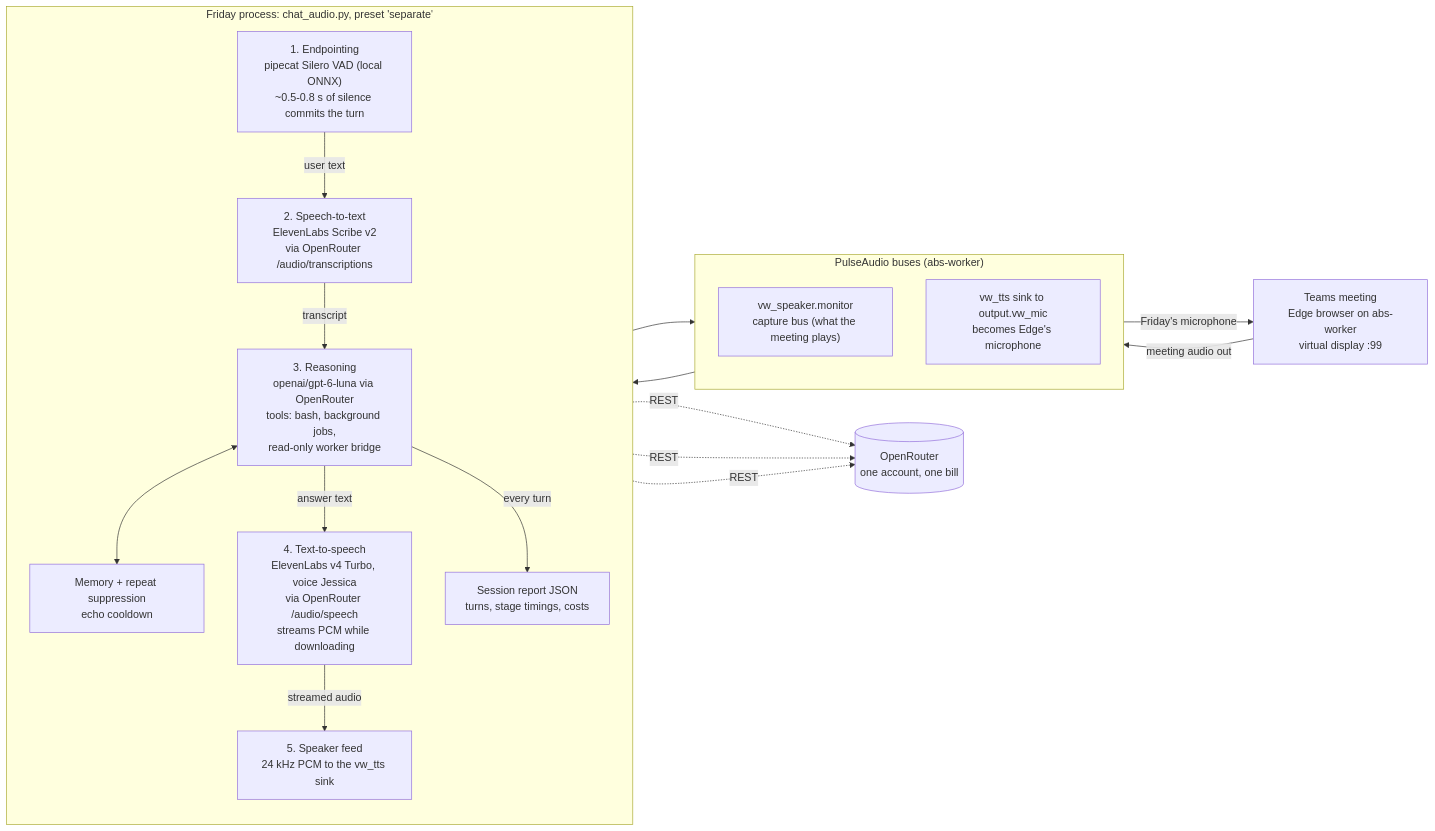
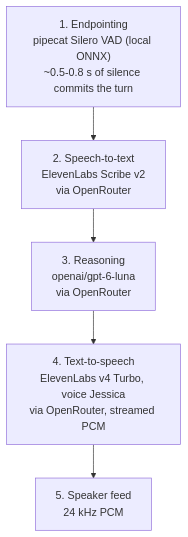
Before and after one commit to abstract-business-systems/virtual-worker: the second of 5 diagrams in docs/friday-architecture.md, drawn with Mermaid. The commit also changed other lines of this file, not shown here.

Commit message:
Split Friday architecture document into vertical diagrams

````diff
--- a/docs/friday-architecture.md
+++ b/docs/friday-architecture.md
@@ -11,37 +28,9 @@
 ```mermaid
-flowchart LR
-    MEETING["Teams meeting<br/>Edge browser on abs-worker<br/>virtual display :99"]
-
-    subgraph AUDIO["PulseAudio buses (abs-worker)"]
-        direction TB
-        CAP["vw_speaker.monitor<br/>capture bus (what the meeting plays)"]
-        PLAY["vw_tts sink to output.vw_mic<br/>becomes Edge's microphone"]
-    end
-
-    subgraph FRIDAY["Friday process: chat_audio.py, preset 'separate'"]
-        direction TB
-        VAD["1. Endpointing<br/>pipecat Silero VAD (local ONNX)<br/>~0.5-0.8 s of silence commits the turn"]
-        STT["2. Speech-to-text<br/>ElevenLabs Scribe v2<br/>via OpenRouter /audio/transcriptions"]
-        BRAIN["3. Reasoning<br/>openai/gpt-6-luna via OpenRouter<br/>tools: bash, background jobs,<br/>read-only worker bridge"]
-        TTS["4. Text-to-speech<br/>ElevenLabs v4 Turbo, voice Jessica<br/>via OpenRouter /audio/speech<br/>streams PCM while downloading"]
-        SPK["5. Speaker feed<br/>24 kHz PCM to the vw_tts sink"]
-        MEM["Memory + repeat suppression<br/>echo cooldown"]
-        REPORT["Session report JSON<br/>turns, stage timings, costs"]
-    end
-
-    OR[("OpenRouter<br/>one account, one bill")]
-
-    MEETING -- "meeting audio out" --> CAP
-    CAP --> VAD
-    VAD -- "user text" --> STT
-    STT -- "transcript" --> BRAIN
-    BRAIN <--> MEM
-    BRAIN -- "answer text" --> TTS
-    TTS -- "streamed audio" --> SPK
-    SPK --> PLAY
-    PLAY -- "Friday's microphone" --> MEETING
-    STT -. "REST" .-> OR
-    BRAIN -. "REST" .-> OR
-    TTS -. "REST" .-> OR
-    BRAIN -- "every turn" --> REPORT
+flowchart TB
+    V["1. Endpointing<br/>pipecat Silero VAD (local ONNX)<br/>~0.5-0.8 s of silence commits the turn"]
+    S["2. Speech-to-text<br/>ElevenLabs Scribe v2<br/>via OpenRouter"]
+    R["3. Reasoning<br/>openai/gpt-6-luna<br/>via OpenRouter"]
+    T["4. Text-to-speech<br/>ElevenLabs v4 Turbo, voice Jessica<br/>via OpenRouter, streamed PCM"]
+    P["5. Speaker feed<br/>24 kHz PCM"]
+    V --> S --> R --> T --> P
 ```
````
